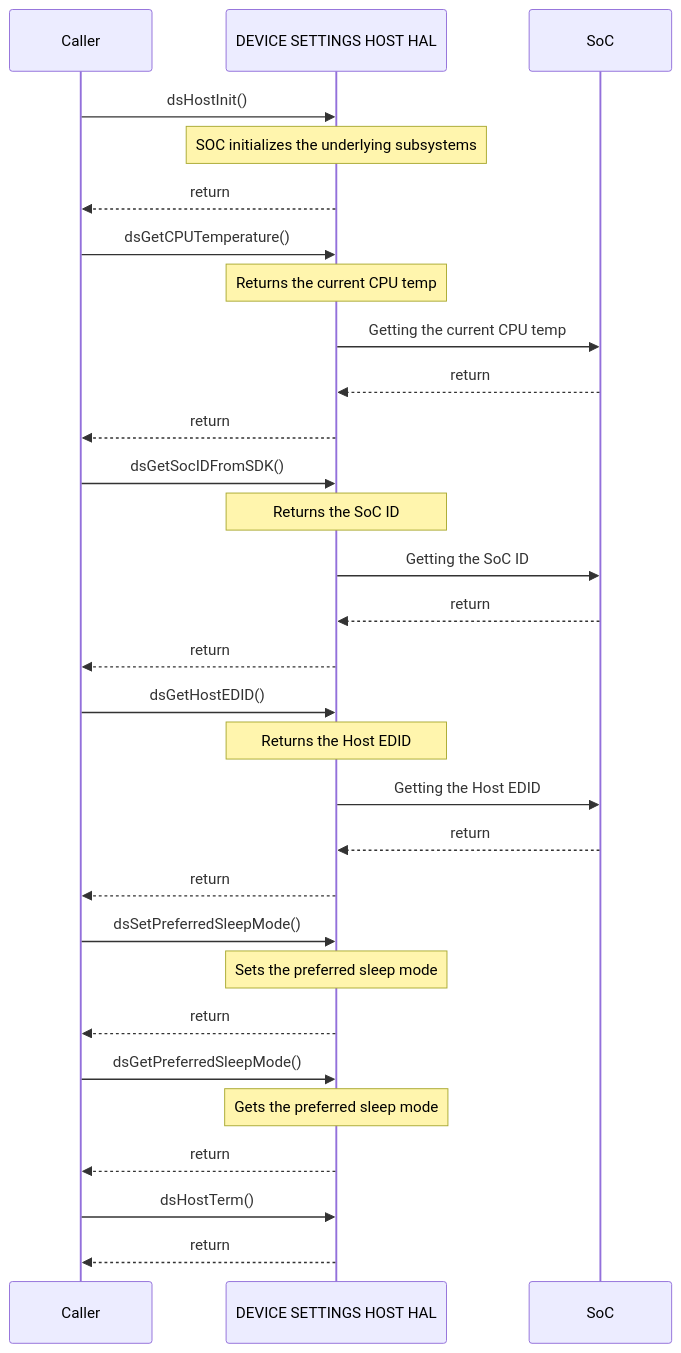
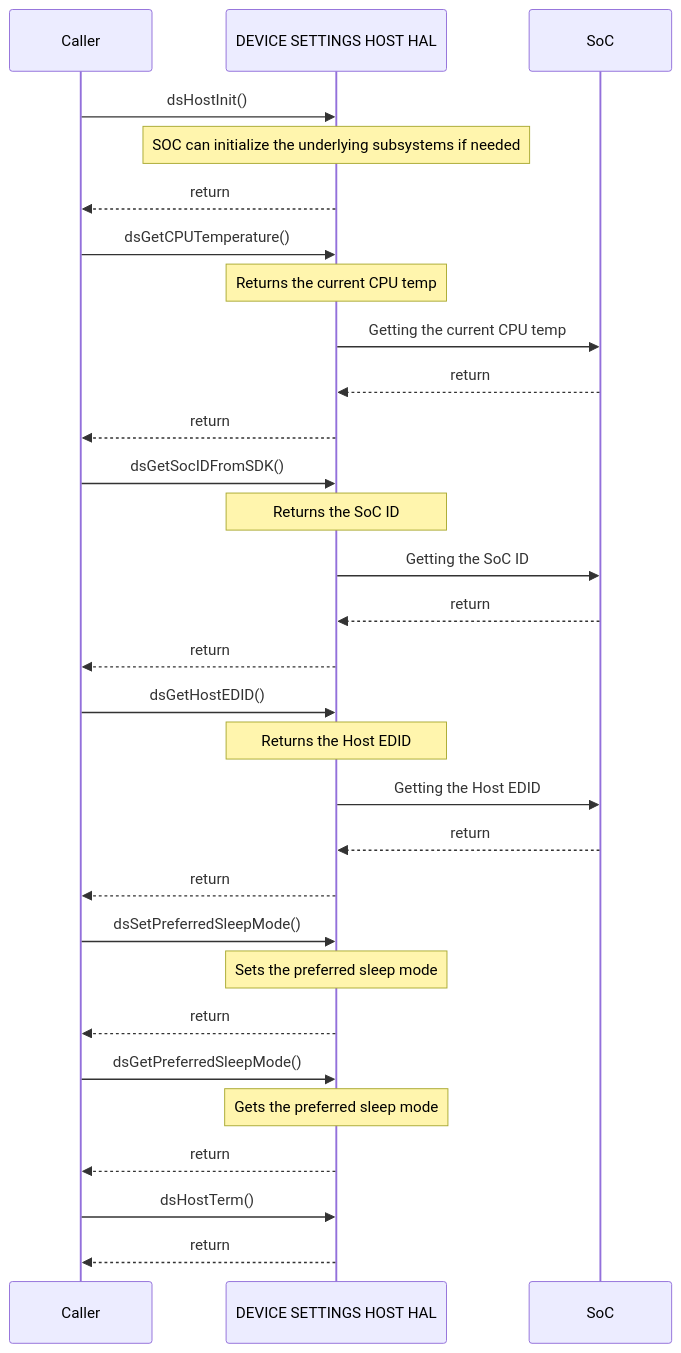
One commit to rdkcentral/rdk-halif-device_settings changed the second of 2 diagrams in docs/pages/dsHost_halSpec.md. Above: the diagram before and after it, drawn with Mermaid. The commit also changed other lines of this file and 3 other files, not shown here.

````diff
--- a/docs/pages/dsHost_halSpec.md
+++ b/docs/pages/dsHost_halSpec.md
@@ -166,33 +166,33 @@
 ```mermaid
 %%{ init : { "theme" : "default", "flowchart" : { "curve" : "stepBefore" }}}%%
    sequenceDiagram
     participant Caller as Caller
     participant HAL as DEVICE SETTINGS HOST HAL
     participant Driver as SoC
     Caller->>HAL:dsHostInit()
-    Note over HAL: SOC initializes the underlying subsystems
+    Note over HAL: SOC can initialize the underlying subsystems if needed
     HAL-->>Caller:return
     Caller->>HAL:dsGetCPUTemperature()
     Note over HAL: Returns the current CPU temp
     HAL->>Driver:Getting the current CPU temp
     Driver-->>HAL:return
     HAL-->>Caller:return
     Caller->>HAL:dsGetSocIDFromSDK()
     Note over HAL: Returns the SoC ID
     HAL->>Driver:Getting the SoC ID
     Driver-->>HAL:return
     HAL-->>Caller:return
     Caller->>HAL:dsGetHostEDID()
     Note over HAL: Returns the Host EDID
     HAL->>Driver:Getting the Host EDID
     Driver-->>HAL:return
     HAL-->>Caller:return
     Caller ->>HAL:dsSetPreferredSleepMode()
     Note over HAL: Sets the preferred sleep mode
     HAL-->>Caller:return
     Caller ->>HAL:dsGetPreferredSleepMode()
     Note over HAL: Gets the preferred sleep mode
     HAL-->>Caller:return
     Caller ->>HAL:dsHostTerm()
     HAL-->>Caller:return
  ```
````
